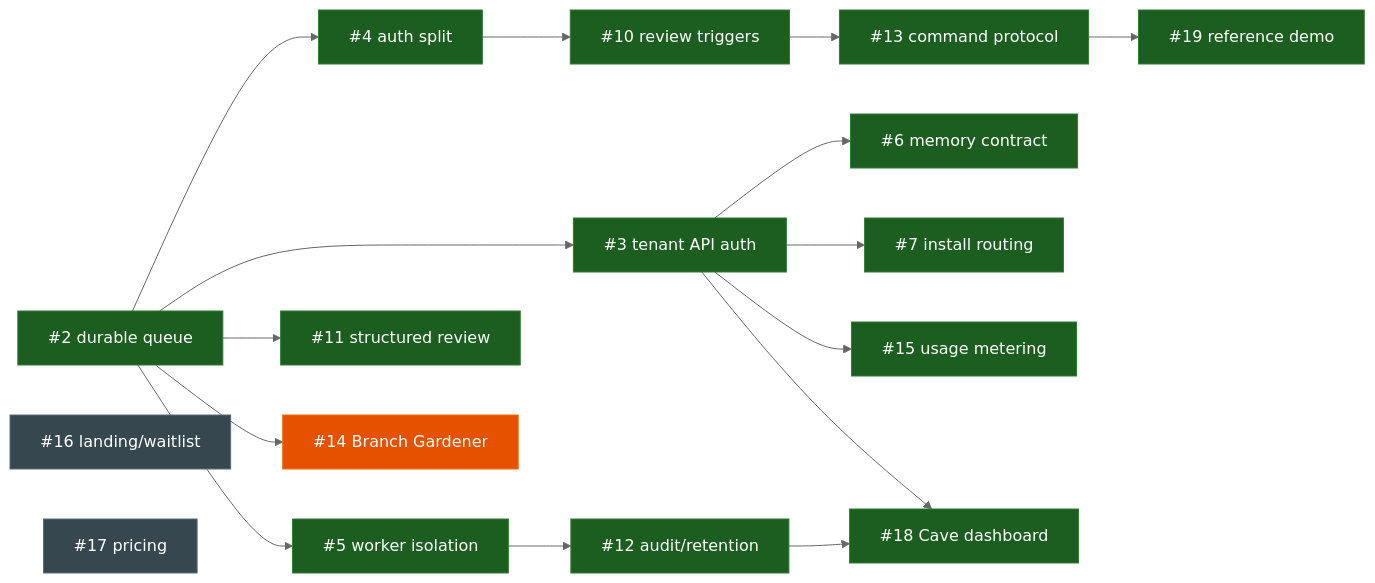
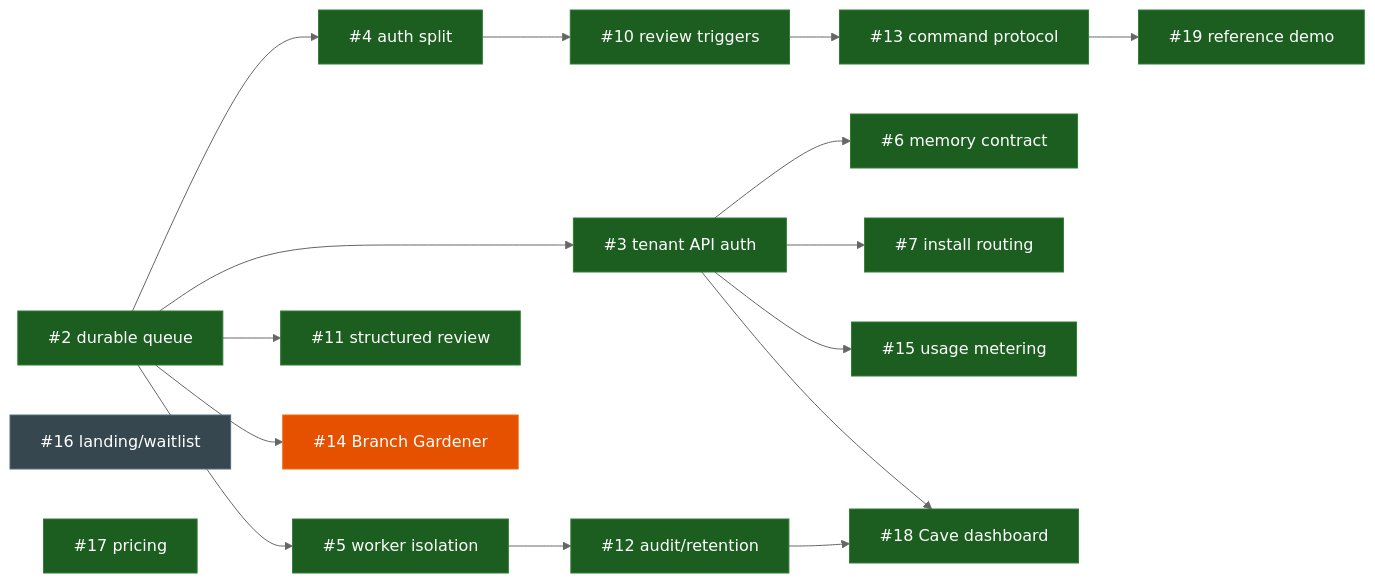
The diagram in docs/backlog-dag.md (OpenCoven/coven-github), drawn with Mermaid (neutral theme) before and after one commit. The commit also changed other lines of this file and 1 other file, not shown here.

Commit message:
docs: reflect #17 pricing shipped in the DAG ledger (#25)

````diff
--- a/docs/backlog-dag.md
+++ b/docs/backlog-dag.md
@@ -68,30 +68,30 @@
 ```mermaid
 flowchart LR
   classDef done fill:#1b5e20,stroke:#2e7d32,color:#fff
   classDef wip fill:#e65100,stroke:#ef6c00,color:#fff
   classDef gtm fill:#37474f,stroke:#546e7a,color:#fff
 
   I2["#2 durable queue"]:::done
   I4["#4 auth split"]:::done
   I10["#10 review triggers"]:::done
   I13["#13 command protocol"]:::done
   I19["#19 reference demo"]:::done
   I3["#3 tenant API auth"]:::done
   I5["#5 worker isolation"]:::done
   I11["#11 structured review"]:::done
   I6["#6 memory contract"]:::done
   I7["#7 install routing"]:::done
   I15["#15 usage metering"]:::done
   I12["#12 audit/retention"]:::done
   I18["#18 Cave dashboard"]:::done
   I14["#14 Branch Gardener"]:::wip
   I16["#16 landing/waitlist"]:::gtm
-  I17["#17 pricing"]:::gtm
+  I17["#17 pricing"]:::done
 
   I2 --> I4 --> I10 --> I13 --> I19
   I2 --> I3 & I5 & I11 & I14
   I3 --> I6 & I7 & I15
   I5 --> I12
   I3 --> I18
   I12 --> I18
 ```
````
